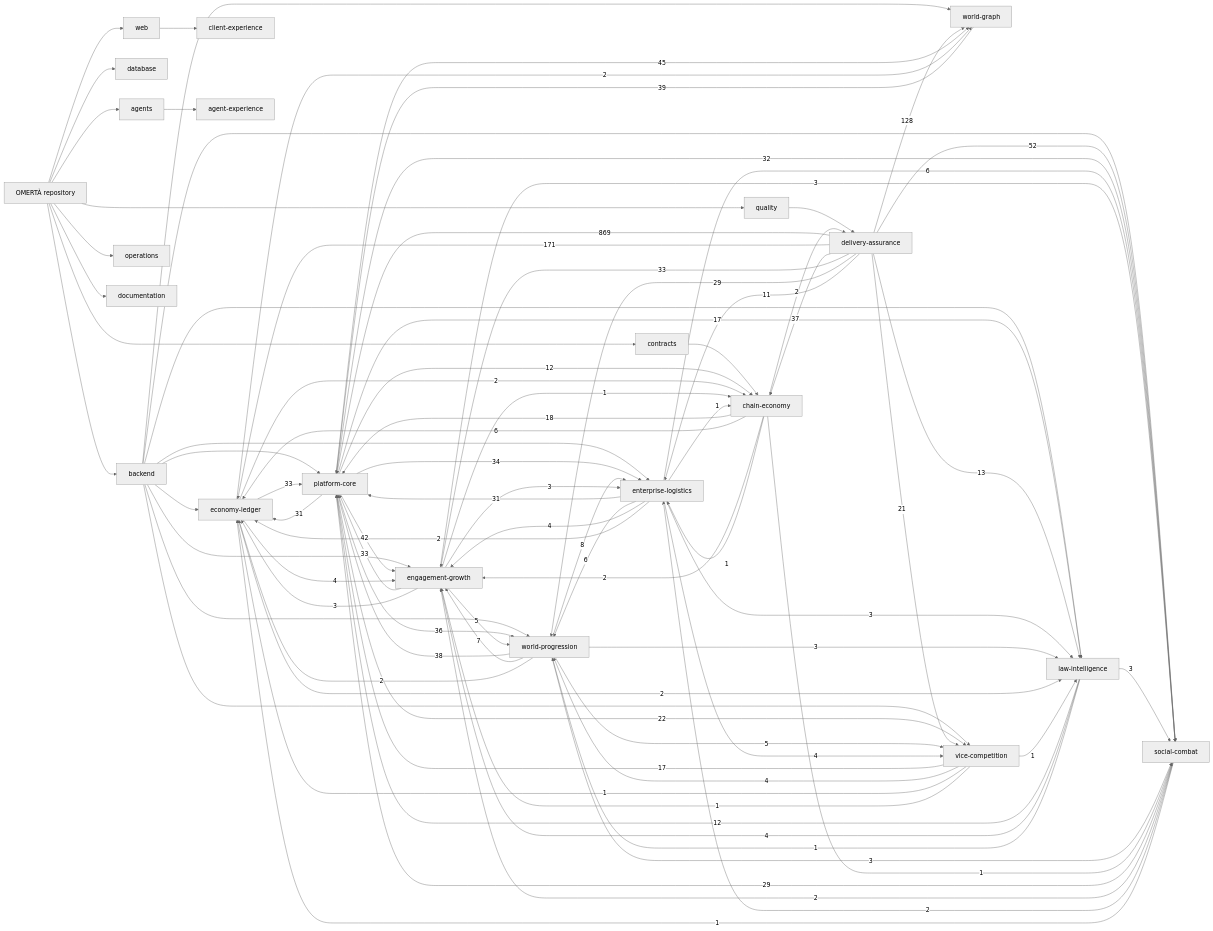
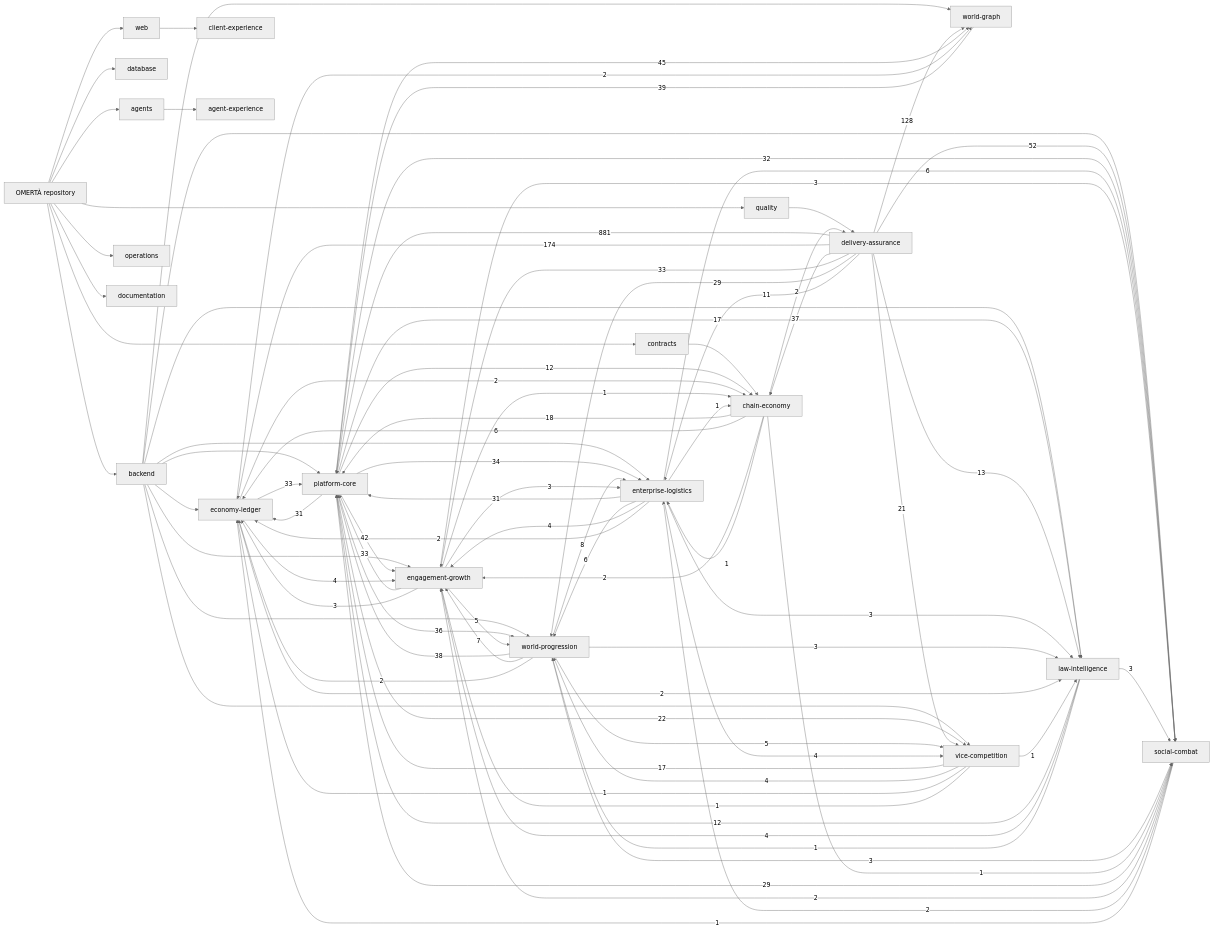
The diagram in knowledge/generated/graph.mmd (OmertaDev/Omerta), drawn with Mermaid (neutral theme) before and after one commit. The commit also changed 7 other files, not shown here.

```diff
--- a/knowledge/generated/graph.mmd
+++ b/knowledge/generated/graph.mmd
@@ -1,109 +1,109 @@
 flowchart LR
   repo["OMERTÀ repository"]
   sub_backend["backend"]
   repo --> sub_backend
   sub_database["database"]
   repo --> sub_database
   sub_web["web"]
   repo --> sub_web
   sub_contracts["contracts"]
   repo --> sub_contracts
   sub_agents["agents"]
   repo --> sub_agents
   sub_quality["quality"]
   repo --> sub_quality
   sub_operations["operations"]
   repo --> sub_operations
   sub_documentation["documentation"]
   repo --> sub_documentation
   dom_platform-core["platform-core"]
   dom_economy-ledger["economy-ledger"]
   dom_social-combat["social-combat"]
   dom_world-progression["world-progression"]
   dom_world-graph["world-graph"]
   dom_enterprise-logistics["enterprise-logistics"]
   dom_vice-competition["vice-competition"]
   dom_law-intelligence["law-intelligence"]
   dom_chain-economy["chain-economy"]
   dom_engagement-growth["engagement-growth"]
   dom_client-experience["client-experience"]
   dom_agent-experience["agent-experience"]
   dom_delivery-assurance["delivery-assurance"]
   sub_agents --> dom_agent-experience
   sub_backend --> dom_economy-ledger
   sub_backend --> dom_engagement-growth
   sub_backend --> dom_enterprise-logistics
   sub_backend --> dom_law-intelligence
   sub_backend --> dom_platform-core
   sub_backend --> dom_social-combat
   sub_backend --> dom_vice-competition
   sub_backend --> dom_world-graph
   sub_backend --> dom_world-progression
   sub_contracts --> dom_chain-economy
   sub_quality --> dom_delivery-assurance
   sub_web --> dom_client-experience
-  dom_delivery-assurance -->|869| dom_platform-core
-  dom_delivery-assurance -->|171| dom_economy-ledger
+  dom_delivery-assurance -->|881| dom_platform-core
+  dom_delivery-assurance -->|174| dom_economy-ledger
   dom_delivery-assurance -->|128| dom_world-graph
   dom_delivery-assurance -->|52| dom_social-combat
   dom_platform-core -->|45| dom_world-graph
   dom_platform-core -->|42| dom_engagement-growth
   dom_world-graph -->|39| dom_platform-core
   dom_world-progression -->|38| dom_platform-core
   dom_delivery-assurance -->|37| dom_chain-economy
   dom_platform-core -->|36| dom_world-progression
   dom_platform-core -->|34| dom_enterprise-logistics
   dom_delivery-assurance -->|33| dom_engagement-growth
   dom_economy-ledger -->|33| dom_platform-core
   dom_engagement-growth -->|33| dom_platform-core
   dom_platform-core -->|32| dom_social-combat
   dom_enterprise-logistics -->|31| dom_platform-core
   dom_platform-core -->|31| dom_economy-ledger
   dom_delivery-assurance -->|29| dom_world-progression
   dom_social-combat -->|29| dom_platform-core
   dom_platform-core -->|22| dom_vice-competition
   dom_delivery-assurance -->|21| dom_vice-competition
   dom_chain-economy -->|18| dom_platform-core
   dom_platform-core -->|17| dom_law-intelligence
   dom_vice-competition -->|17| dom_platform-core
   dom_delivery-assurance -->|13| dom_law-intelligence
   dom_law-intelligence -->|12| dom_platform-core
   dom_platform-core -->|12| dom_chain-economy
   dom_delivery-assurance -->|11| dom_enterprise-logistics
   dom_world-progression -->|8| dom_enterprise-logistics
   dom_world-progression -->|7| dom_engagement-growth
   dom_chain-economy -->|6| dom_economy-ledger
   dom_enterprise-logistics -->|6| dom_social-combat
   dom_enterprise-logistics -->|6| dom_world-progression
   dom_engagement-growth -->|5| dom_world-progression
   dom_world-progression -->|5| dom_vice-competition
   dom_economy-ledger -->|4| dom_engagement-growth
   dom_enterprise-logistics -->|4| dom_engagement-growth
   dom_enterprise-logistics -->|4| dom_vice-competition
   dom_law-intelligence -->|4| dom_engagement-growth
   dom_vice-competition -->|4| dom_world-progression
   dom_engagement-growth -->|3| dom_economy-ledger
   dom_engagement-growth -->|3| dom_enterprise-logistics
   dom_engagement-growth -->|3| dom_social-combat
   dom_enterprise-logistics -->|3| dom_law-intelligence
   dom_law-intelligence -->|3| dom_social-combat
   dom_world-progression -->|3| dom_law-intelligence
   dom_world-progression -->|3| dom_social-combat
   dom_chain-economy -->|2| dom_delivery-assurance
   dom_chain-economy -->|2| dom_engagement-growth
   dom_economy-ledger -->|2| dom_chain-economy
   dom_economy-ledger -->|2| dom_law-intelligence
   dom_economy-ledger -->|2| dom_world-graph
   dom_enterprise-logistics -->|2| dom_economy-ledger
   dom_social-combat -->|2| dom_engagement-growth
   dom_social-combat -->|2| dom_enterprise-logistics
   dom_world-progression -->|2| dom_economy-ledger
   dom_chain-economy -->|1| dom_enterprise-logistics
   dom_chain-economy -->|1| dom_social-combat
   dom_engagement-growth -->|1| dom_chain-economy
   dom_enterprise-logistics -->|1| dom_chain-economy
   dom_law-intelligence -->|1| dom_world-progression
   dom_social-combat -->|1| dom_economy-ledger
   dom_vice-competition -->|1| dom_economy-ledger
   dom_vice-competition -->|1| dom_engagement-growth
   dom_vice-competition -->|1| dom_law-intelligence
```
